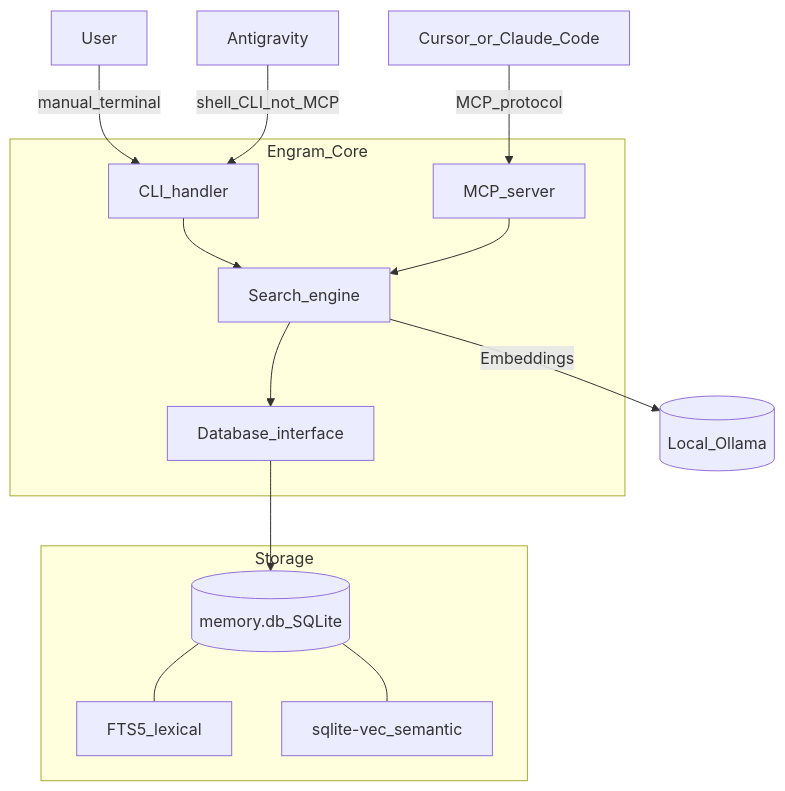
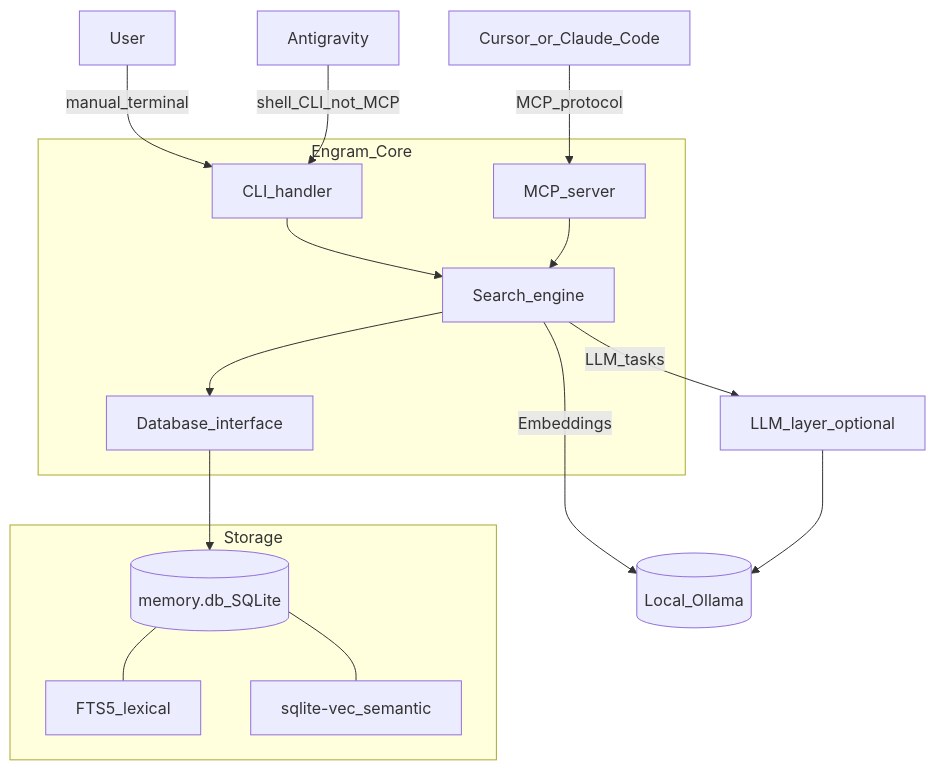
Before and after one commit to luiscota99/engram: the first of 2 diagrams in README.md, drawn with Mermaid. The commit also changed other lines of this file and 6 other files, not shown here.

````diff
--- a/README.md
+++ b/README.md
@@ -29,17 +39,19 @@
 ```mermaid
 graph TD
     User[User] -->|manual_terminal| CLI[CLI_handler]
     Cursor[Cursor_or_Claude_Code] -->|MCP_protocol| MCP[MCP_server]
     Antigravity[Antigravity] -->|shell_CLI_not_MCP| CLI
     subgraph engram_core [Engram_Core]
         CLI --> SE[Search_engine]
         MCP --> SE
         SE --> DB_Int[Database_interface]
     end
     SE -- Embeddings --> Ollama[(Local_Ollama)]
+    SE -- LLM_tasks --> LLM[LLM_layer_optional]
+    LLM --> Ollama
     subgraph storage [Storage]
         DB_Int --> SQLite[(memory.db_SQLite)]
         SQLite --- FTS[FTS5_lexical]
         SQLite --- VEC[sqlite-vec_semantic]
     end
 ```
````
